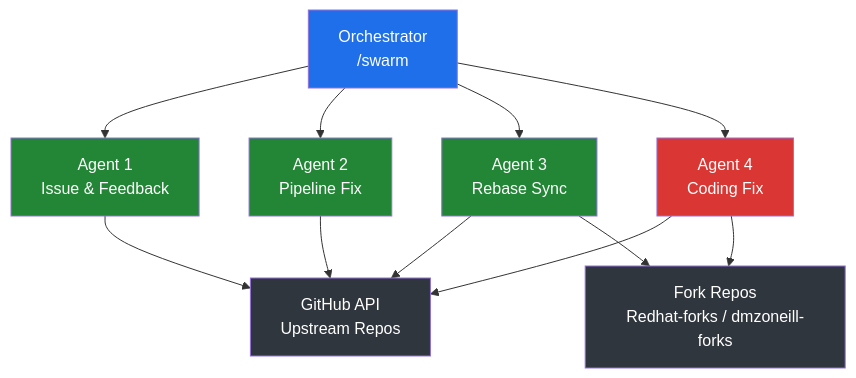
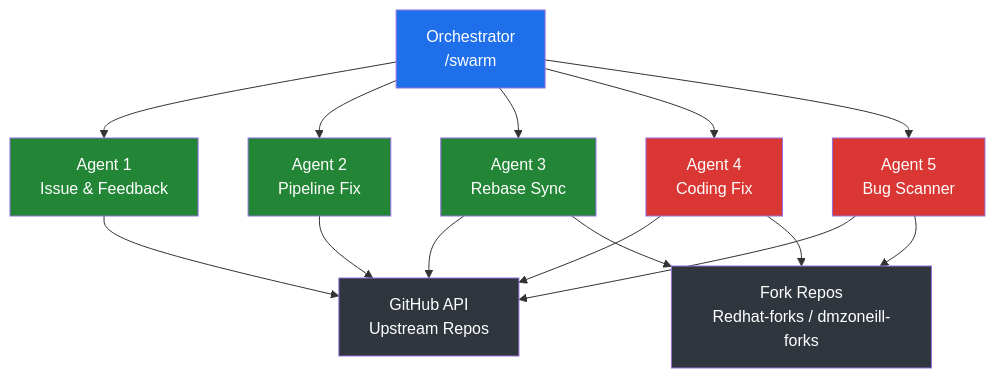
The second of 3 diagrams in README.md (dmzoneill/github-ai-contributor), drawn with Mermaid before and after one commit. The commit also changed other lines of this file and 5 other files, not shown here.

First line of the commit message:
feat: add bug scanner agent (Agent 5) to swarm

````diff
--- a/README.md
+++ b/README.md
@@ -38,20 +38,24 @@
 ```mermaid
 graph TD
     O[Orchestrator<br/>/swarm] --> A1[Agent 1<br/>Issue & Feedback]
     O --> A2[Agent 2<br/>Pipeline Fix]
     O --> A3[Agent 3<br/>Rebase Sync]
     O --> A4[Agent 4<br/>Coding Fix]
+    O --> A5[Agent 5<br/>Bug Scanner]
     A1 --> GH[GitHub API<br/>Upstream Repos]
     A2 --> GH
     A3 --> GH
     A4 --> GH
+    A5 --> GH
     A4 --> FK[Fork Repos<br/>Redhat-forks / dmzoneill-forks]
     A3 --> FK
+    A5 --> FK
     style O fill:#1f6feb,color:#fff
     style A1 fill:#238636,color:#fff
     style A2 fill:#238636,color:#fff
     style A3 fill:#238636,color:#fff
     style A4 fill:#da3633,color:#fff
+    style A5 fill:#da3633,color:#fff
     style GH fill:#30363d,color:#fff
     style FK fill:#30363d,color:#fff
 ```
````
